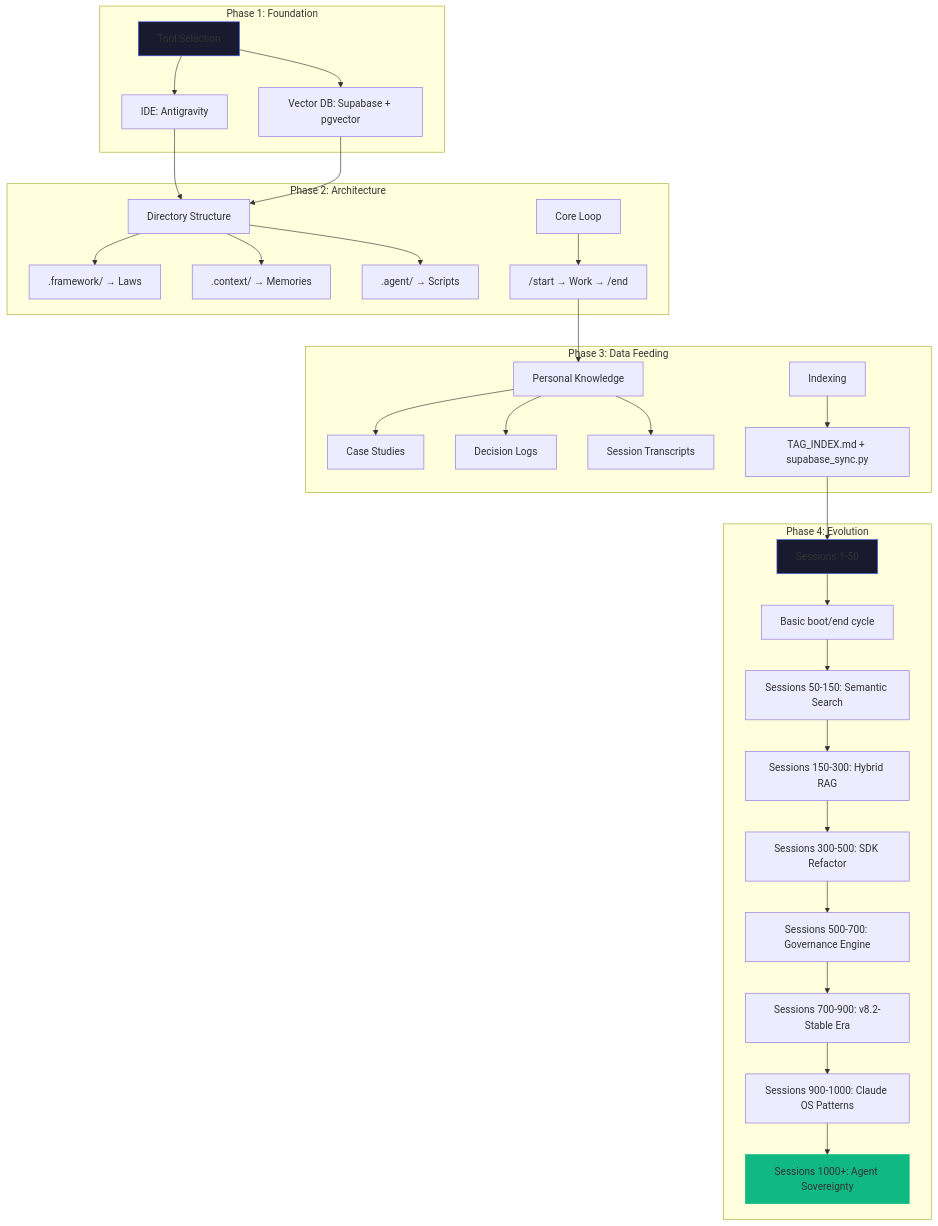
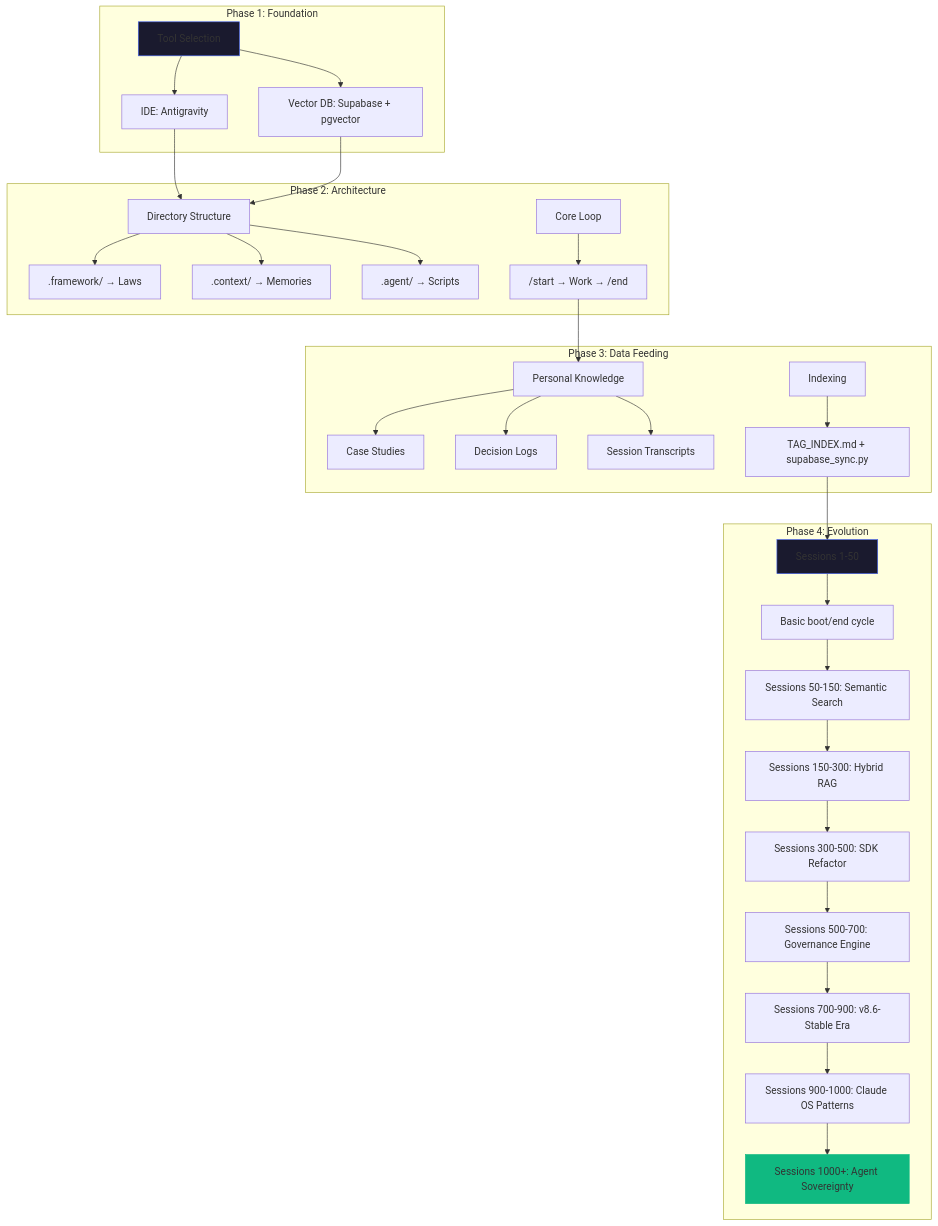
The fourth of 5 diagrams in README.md (agent-memory-atlas-archive/winstonkoh87--Athena-Public), drawn with Mermaid before and after one commit. The commit also changed 41 other files, not shown here.

````diff
--- a/README.md
+++ b/README.md
@@ -386,41 +386,41 @@
 ```mermaid
 graph TD
     subgraph "Phase 1: Foundation"
         A[Tool Selection] --> B[IDE: Antigravity]
         A --> C[Vector DB: Supabase + pgvector]
     end
 
     subgraph "Phase 2: Architecture"
         D[Directory Structure] --> E[".framework/ → Laws"]
         D --> F[".context/ → Memories"]
         D --> G[".agent/ → Scripts"]
         H[Core Loop] --> I["/start → Work → /end"]
     end
 
     subgraph "Phase 3: Data Feeding"
         J[Personal Knowledge] --> K[Case Studies]
         J --> L[Decision Logs]
         J --> M[Session Transcripts]
         N[Indexing] --> O["TAG_INDEX.md + supabase_sync.py"]
     end
 
     subgraph "Phase 4: Evolution"
         P["Sessions 1-50"] --> Q["Basic boot/end cycle"]
         Q --> R["Sessions 50-150: Semantic Search"]
         R --> S["Sessions 150-300: Hybrid RAG"]
         S --> T["Sessions 300-500: SDK Refactor"]
         T --> U["Sessions 500-700: Governance Engine"]
-        U --> V["Sessions 700-900: v8.2-Stable Era"]
+        U --> V["Sessions 700-900: v8.6-Stable Era"]
         V --> W["Sessions 900-1000: Claude OS Patterns"]
         W --> X["Sessions 1000+: Agent Sovereignty"]
     end
 
     B --> D
     C --> D
     I --> J
     O --> P
 
     style A fill:#1a1a2e,stroke:#4361ee
     style P fill:#1a1a2e,stroke:#4361ee
     style X fill:#10b981,stroke:#10b981
 ```
````
